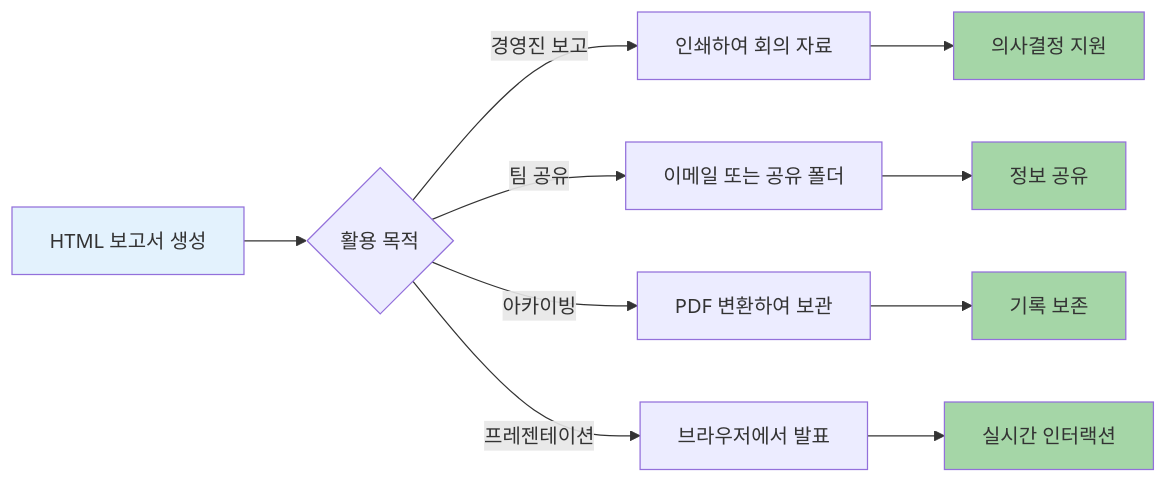
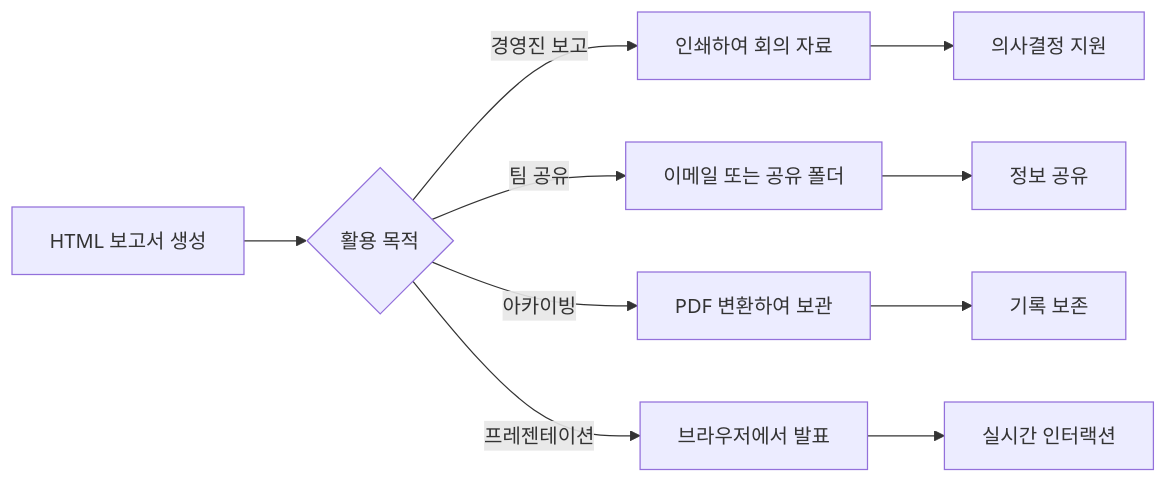
The sixth of 8 diagrams in _md/genai-notion/chapter04/04-3.md (nugurejeil/weniVooks), drawn with Mermaid before and after one commit. The commit also changed other lines of this file and 187 other files, not shown here.

````diff
--- a/_md/genai-notion/chapter04/04-3.md
+++ b/_md/genai-notion/chapter04/04-3.md
@@ -455,20 +442,14 @@
 ```mermaid
 graph LR
     A[HTML 보고서 생성] --> B{활용 목적}
 
     B -->|경영진 보고| C[인쇄하여 회의 자료]
     B -->|팀 공유| D[이메일 또는 공유 폴더]
     B -->|아카이빙| E[PDF 변환하여 보관]
     B -->|프레젠테이션| F[브라우저에서 발표]
 
     C --> G[의사결정 지원]
     D --> H[정보 공유]
     E --> I[기록 보존]
-    F --> J[실시간 인터랙션]
-
-    style A fill:#E3F2FD
-    style G fill:#A5D6A7
-    style H fill:#A5D6A7
-    style I fill:#A5D6A7
-    style J fill:#A5D6A7
+    F --> J["실시간 인터랙션"]
 ```
````
